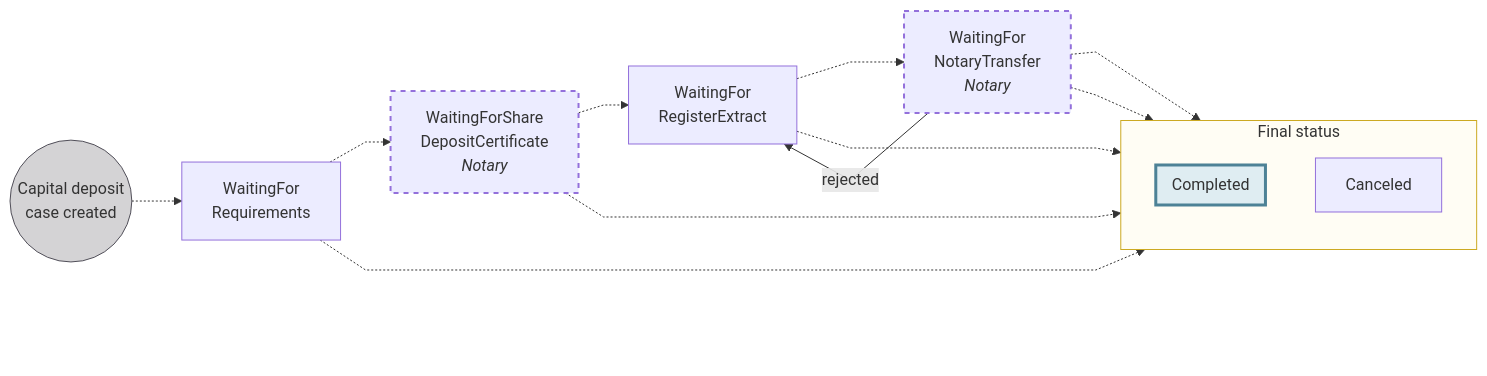
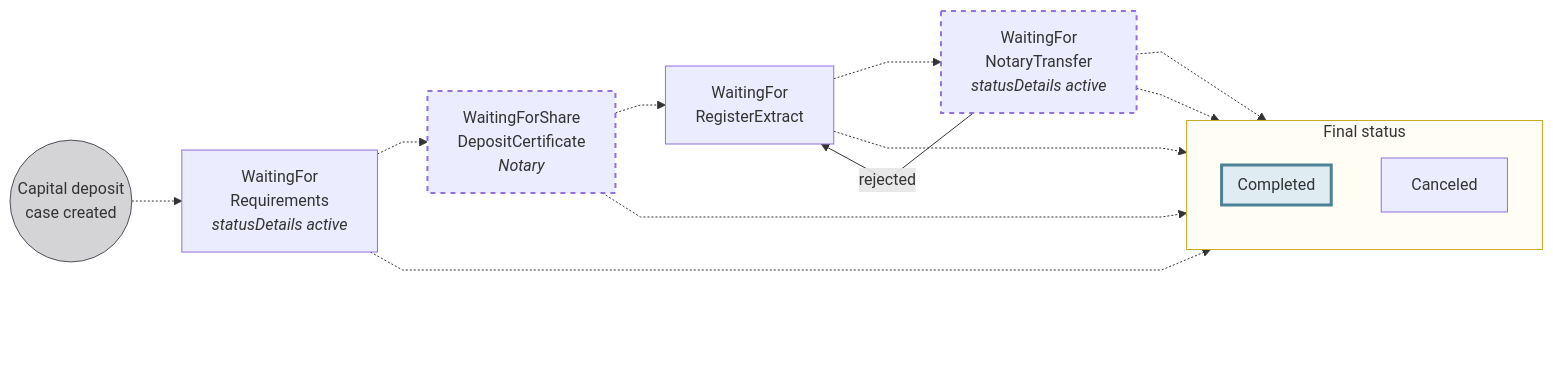
Before and after one commit to swan-io/docs: the first of 4 diagrams in docs/topics/capital-deposits/index.mdx, drawn with Mermaid. The commit also changed other lines of this file, not shown here.

````diff
--- a/docs/topics/capital-deposits/index.mdx
+++ b/docs/topics/capital-deposits/index.mdx
@@ -38,32 +43,32 @@
 ```mermaid
 %%{ init: { 'flowchart': { 'curve': 'linear' } } }%%
 flowchart LR
-    DC((Capital deposit<br/>case created)) -.-> WR[WaitingFor<br/>Requirements]
+    DC((Capital deposit<br/>case created)) -.-> WR[WaitingFor<br/>Requirements<br/><em>statusDetails active</em>]
     WR -.-> WS[WaitingForShare<br/>DepositCertificate<br/><em>Notary</em>]
     WS -.-> WRE[WaitingFor<br/>RegisterExtract]
-    WRE -.-> WNT[WaitingFor<br/>NotaryTransfer<br/><em>Notary</em>]
+    WRE -.-> WNT[WaitingFor<br/>NotaryTransfer<br/><em>statusDetails active</em>]
     WNT -.-> CA[Canceled]
     WRE -.-> CA
     WS -.-> CA
     WR -.-> CA
     WNT -.-> CO[Completed]
 
     %% Backward transitions
     WNT -->|rejected| WRE
 
     subgraph F[Final status]
         direction TB
         CA
         style V fill:#fff,stroke:#fff,stroke-width:0px,color:#fff
         CO
     end
 
     subgraph CO[Completed]
     end
     
     style DC fill:#D4D3D5,stroke:#514F59
     style F fill:#fffdf4,stroke:#cca922
     style WS stroke-width:2px, stroke-dasharray: 5 5
     style WNT stroke-width:2px, stroke-dasharray: 5 5
     style CO fill:#dfedf2,stroke:#4d8296,stroke-width:3px
 ```
````
